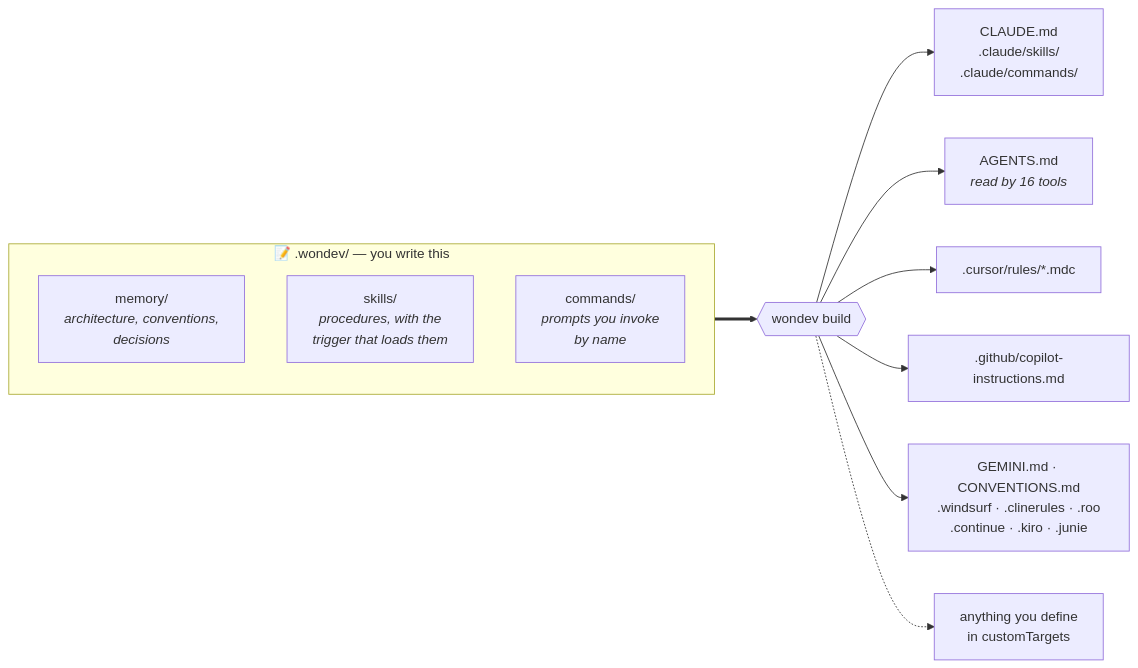
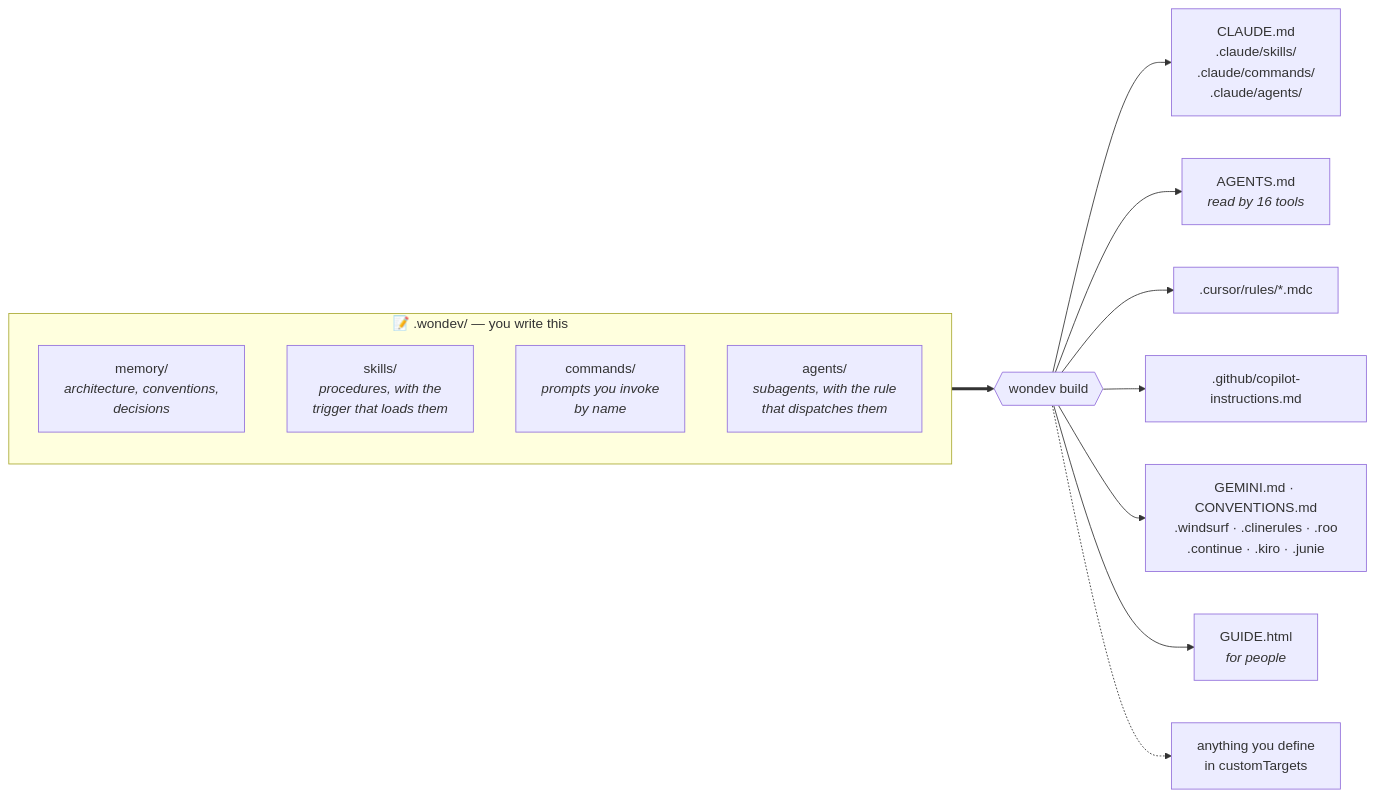
The diagram in README.md (wondping0/wondev), drawn with Mermaid before and after one commit. The commit also changed other lines of this file, not shown here.

````diff
--- a/README.md
+++ b/README.md
@@ -51,17 +51,19 @@
 ```mermaid
 flowchart LR
     subgraph SRC["📝 .wondev/ — you write this"]
         M["memory/<br/><i>architecture, conventions,<br/>decisions</i>"]
         S["skills/<br/><i>procedures, with the<br/>trigger that loads them</i>"]
         C["commands/<br/><i>prompts you invoke<br/>by name</i>"]
+        A["agents/<br/><i>subagents, with the rule<br/>that dispatches them</i>"]
     end
 
     SRC ==> B{{"wondev build"}}
 
-    B --> O1["CLAUDE.md<br/>.claude/skills/<br/>.claude/commands/"]
+    B --> O1["CLAUDE.md<br/>.claude/skills/<br/>.claude/commands/<br/>.claude/agents/"]
     B --> O2["AGENTS.md<br/><i>read by 16 tools</i>"]
     B --> O3[".cursor/rules/*.mdc"]
     B --> O4[".github/copilot-instructions.md"]
     B --> O5["GEMINI.md · CONVENTIONS.md<br/>.windsurf · .clinerules · .roo<br/>.continue · .kiro · .junie"]
+    B --> O7["GUIDE.html<br/><i>for people</i>"]
     B -.-> O6["anything you define<br/>in customTargets"]
 ```
````
